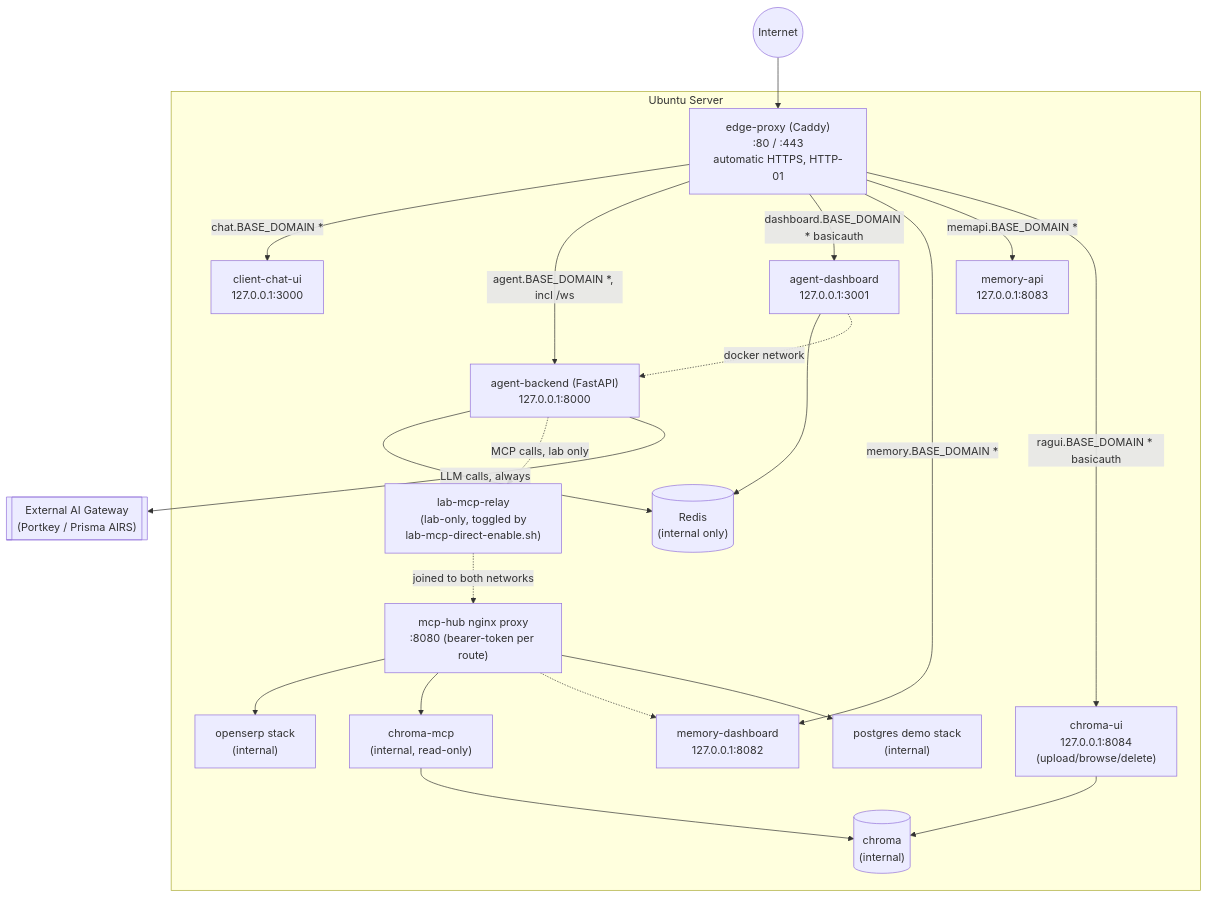
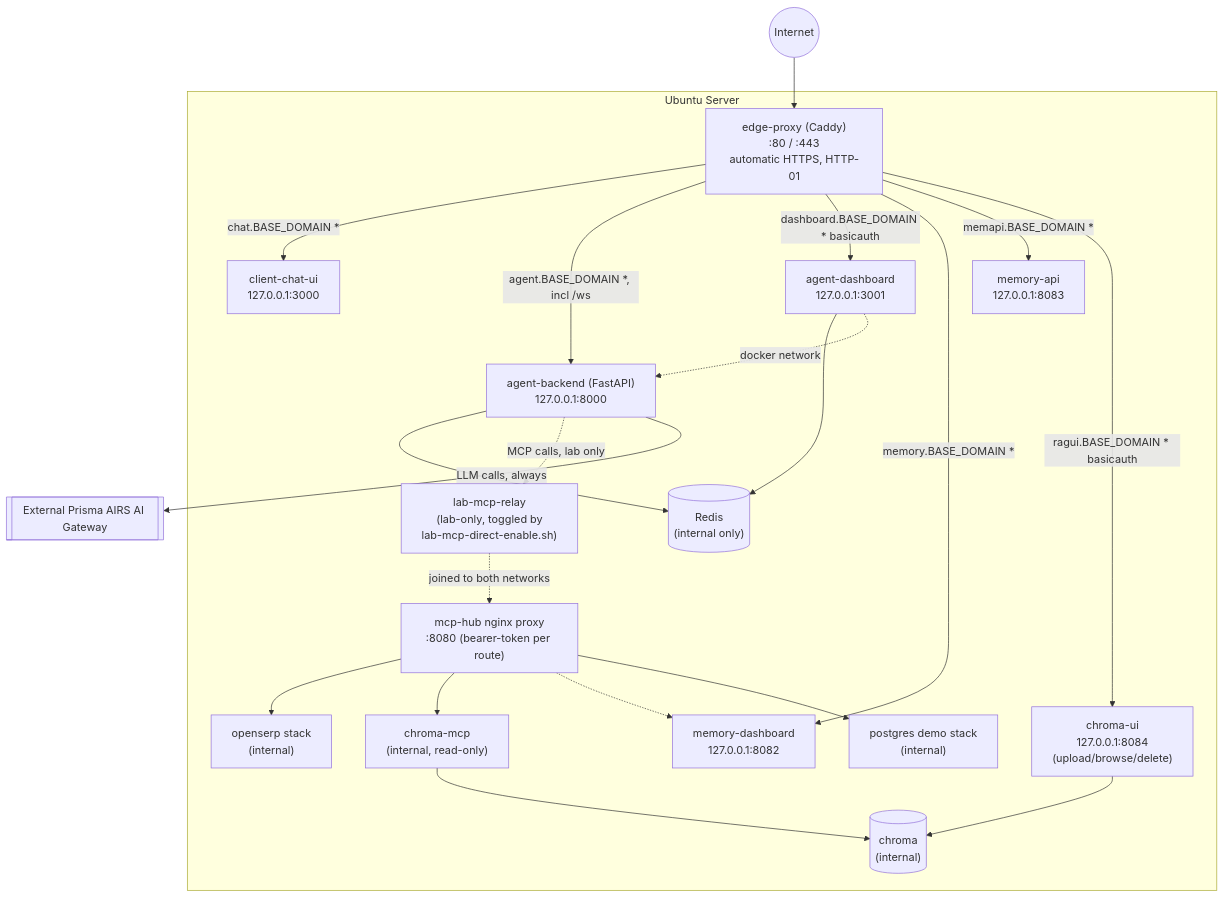
One commit to matthew20103/lab-agent-all-in-one changed the third of 3 diagrams in LAB_GUIDE.md. Above: the diagram before and after it, drawn with Mermaid. The commit also changed other lines of this file and 3 other files, not shown here.

First line of the commit message:
Rename user-facing "Portkey" to "Prisma AIRS AI Gateway"

````diff
--- a/LAB_GUIDE.md
+++ b/LAB_GUIDE.md
@@ -316,47 +316,47 @@
 ```mermaid
 flowchart TB
     Internet((Internet))
 
     subgraph Ubuntu Server
         Edge["edge-proxy (Caddy)\n:80 / :443\nautomatic HTTPS, HTTP-01"]
 
         Chat["client-chat-ui\n127.0.0.1:3000"]
         Agent["agent-backend (FastAPI)\n127.0.0.1:8000"]
         Redis[("Redis\n(internal only)")]
         Dash["agent-dashboard\n127.0.0.1:3001"]
         Relay["lab-mcp-relay\n(lab-only, toggled by\nlab-mcp-direct-enable.sh)"]
 
         McpProxy["mcp-hub nginx proxy\n:8080 (bearer-token per route)"]
         OpenSERP["openserp stack\n(internal)"]
         ChromaDb[("chroma\n(internal)")]
         ChromaMcp["chroma-mcp\n(internal, read-only)"]
         ChromaUi["chroma-ui\n127.0.0.1:8084\n(upload/browse/delete)"]
         MemDash["memory-dashboard\n127.0.0.1:8082"]
         MemApi["memory-api\n127.0.0.1:8083"]
         PG["postgres demo stack\n(internal)"]
 
         Edge -->|chat.BASE_DOMAIN *| Chat
         Edge -->|agent.BASE_DOMAIN *, incl /ws| Agent
         Edge -->|dashboard.BASE_DOMAIN * basicauth| Dash
         Edge -->|memory.BASE_DOMAIN *| MemDash
         Edge -->|memapi.BASE_DOMAIN *| MemApi
         Edge -->|ragui.BASE_DOMAIN * basicauth| ChromaUi
         Agent --> Redis
         Dash --> Redis
         Dash -.->|docker network| Agent
         Agent -.->|MCP calls, lab only| Relay
         Relay -. joined to both networks .-> McpProxy
 
         McpProxy --> OpenSERP
         McpProxy --> ChromaMcp
         McpProxy -.-> MemDash
         McpProxy --> PG
         ChromaMcp --> ChromaDb
         ChromaUi --> ChromaDb
     end
 
-    Gateway[["External AI Gateway\n(Portkey / Prisma AIRS)"]]
+    Gateway[["External Prisma AIRS AI Gateway"]]
 
     Internet --> Edge
     Agent -->|LLM calls, always| Gateway
 ```
````
